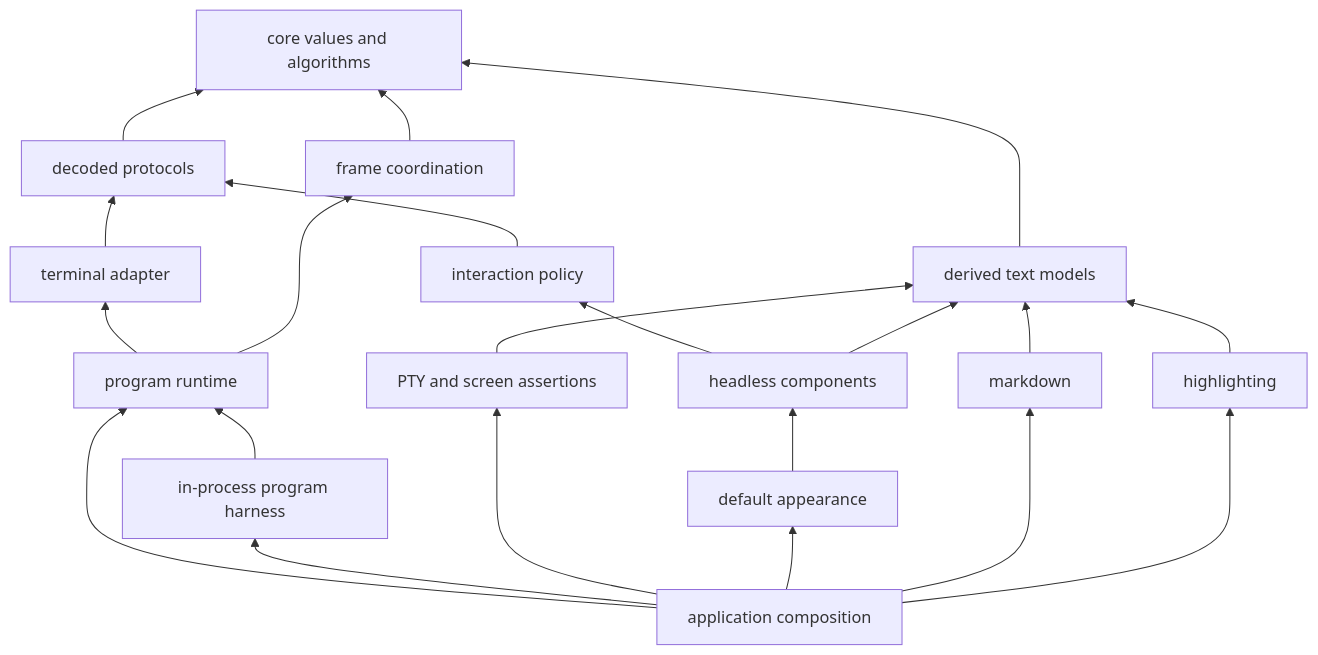
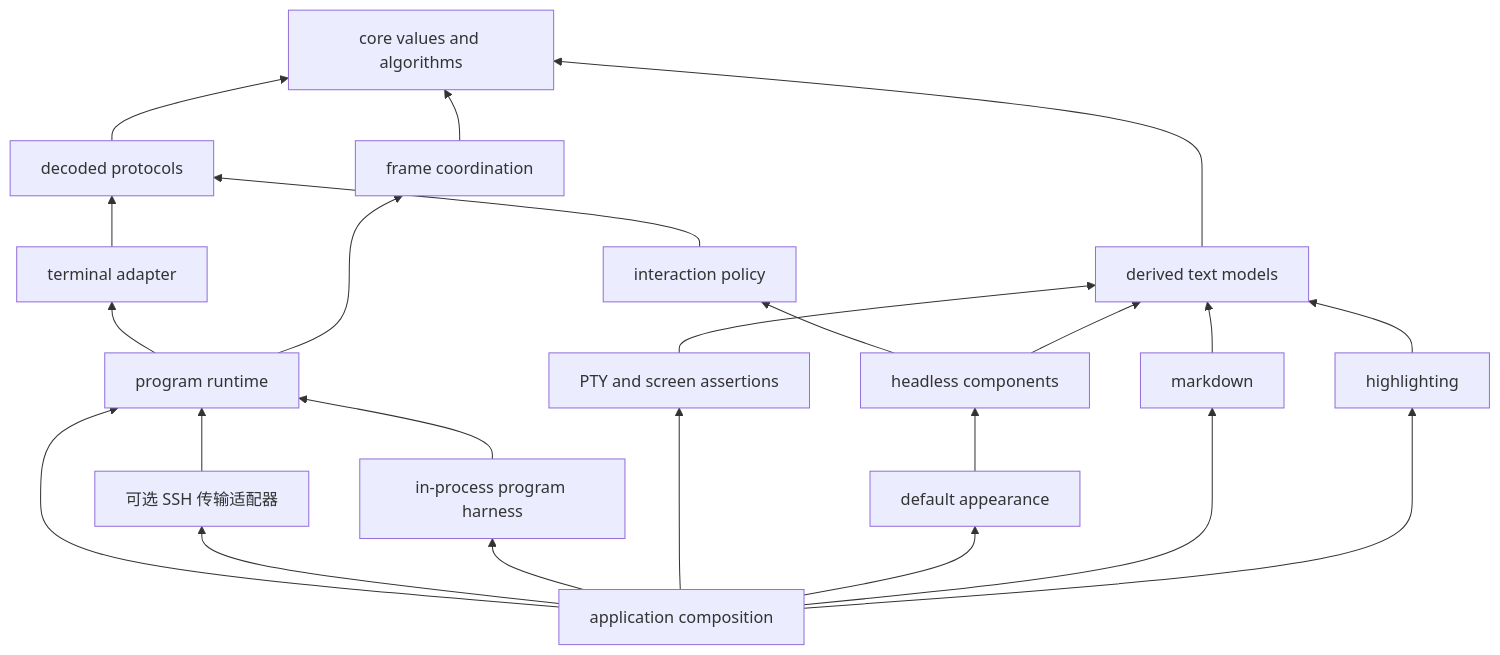
The third of 3 diagrams in docs/architecture.zh-CN.md (Tangerg/oolong), drawn with Mermaid before and after one commit. The commit also changed other lines of this file and 24 other files, not shown here.

````diff
--- a/docs/architecture.zh-CN.md
+++ b/docs/architecture.zh-CN.md
@@ -279,24 +279,26 @@
 ```mermaid
 flowchart BT
     Foundation["core values and algorithms"]
     Protocol["decoded protocols"] --> Foundation
     Model["derived text models"] --> Foundation
     Interaction["interaction policy"] --> Protocol
     Coordination["frame coordination"] --> Foundation
     Term["terminal adapter"] --> Protocol
     Program["program runtime"] --> Term
     Program --> Coordination
+    SSH["可选 SSH 传输适配器"] --> Program
     ProgramTest["in-process program harness"] --> Program
     Harness["PTY and screen assertions"] --> Model
     Headless["headless components"] --> Interaction
     Headless --> Model
     Kit["default appearance"] --> Headless
     Markdown["markdown"] --> Model
     Highlight["highlighting"] --> Model
     App["application composition"] --> Program
+    App --> SSH
     App --> ProgramTest
     App --> Harness
     App --> Kit
     App --> Markdown
     App --> Highlight
 ```
````
